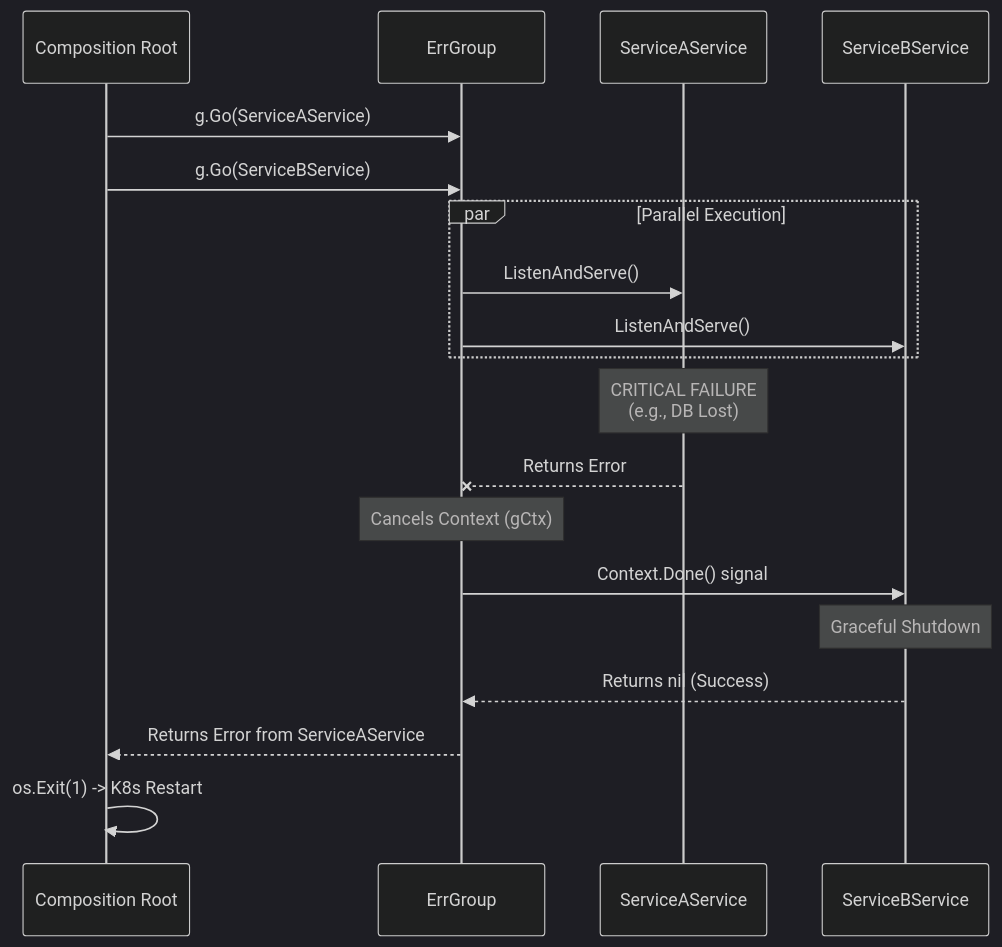
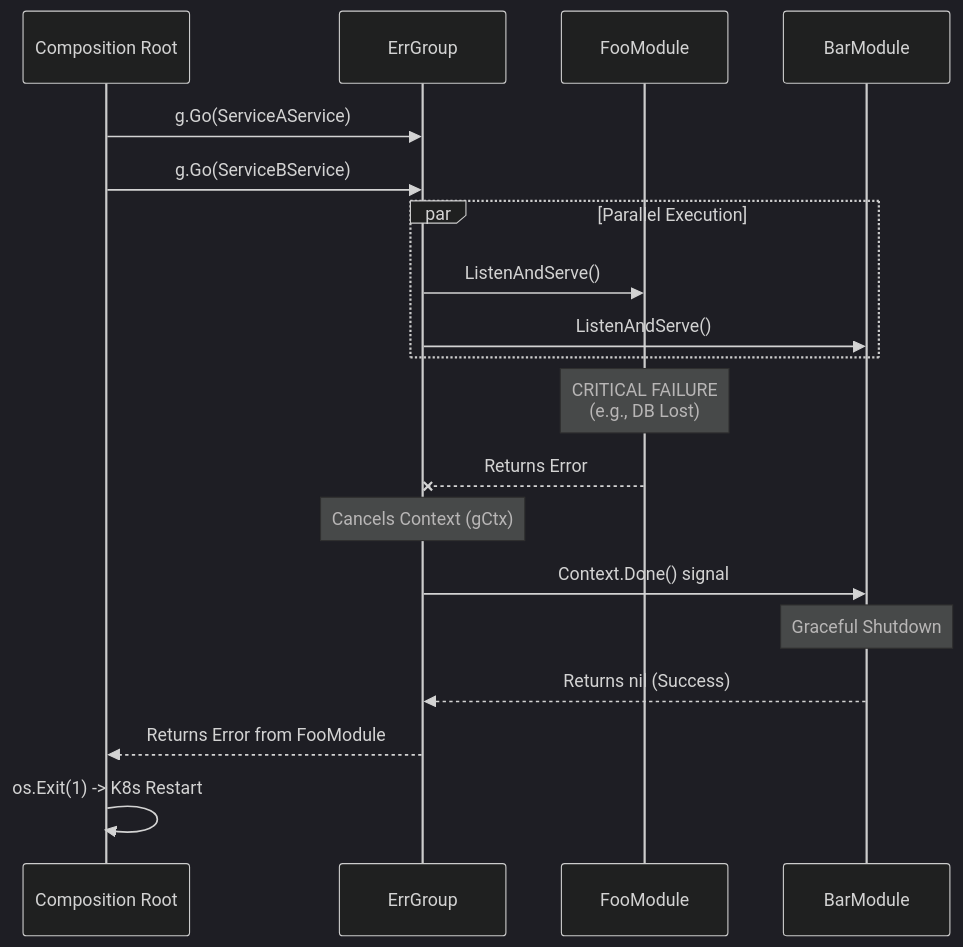
One commit to pivaldi/go-modular-monolith-white-paper changed the fourth of 5 diagrams in white-paper.md. Above: the diagram before and after it, drawn with Mermaid (dark theme). The commit also changed other lines of this file and 20 other files, not shown here.

````diff
--- a/white-paper.md
+++ b/white-paper.md
@@ -502,27 +502,27 @@
 ```mermaid
 sequenceDiagram
     participant Main as Composition Root
     participant G as ErrGroup
-    participant A as ServiceAService
-    participant B as ServiceBService
+    participant A as FooModule
+    participant B as BarModule
 
     Main->>G: g.Go(ServiceAService)
     Main->>G: g.Go(ServiceBService)
 
     par Parallel Execution
         G->>A: ListenAndServe()
         G->>B: ListenAndServe()
     end
 
     Note over A: CRITICAL FAILURE<br/>(e.g., DB Lost)
     A--xG: Returns Error
 
     Note over G: Cancels Context (gCtx)
     G->>B: Context.Done() signal
 
     Note over B: Graceful Shutdown
     B-->>G: Returns nil (Success)
 
-    G-->>Main: Returns Error from ServiceAService
+    G-->>Main: Returns Error from FooModule
     Main->>Main: os.Exit(1) -> K8s Restart
 ```
````
